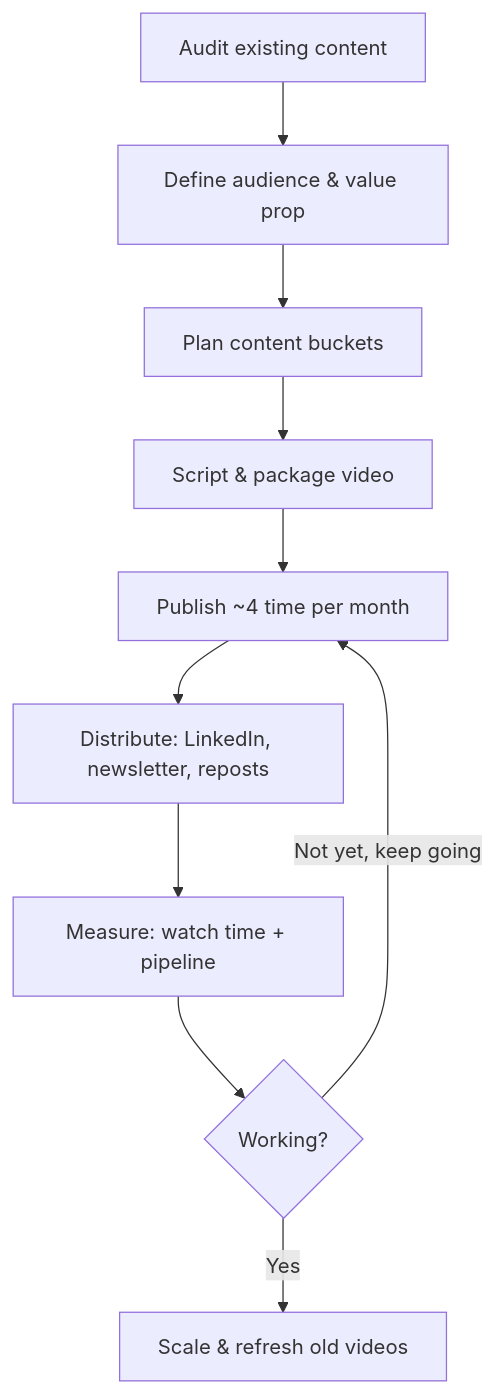
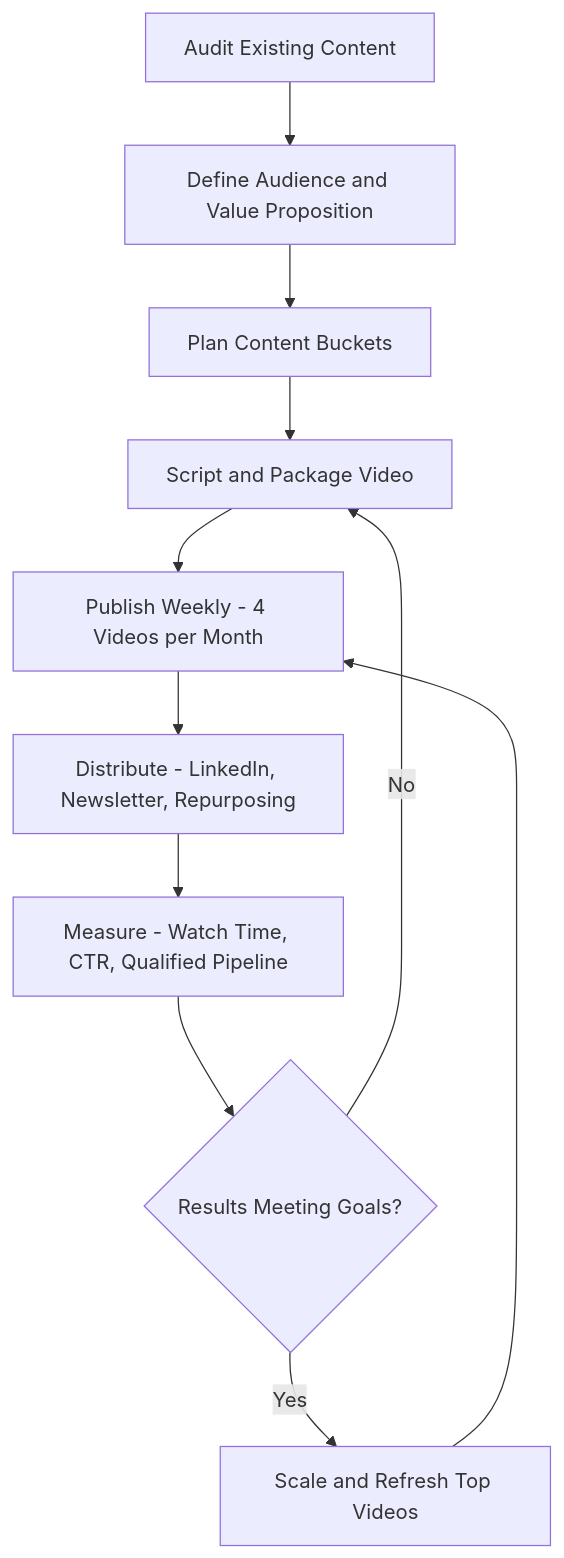
The diagram in Playbook_SOP.md (animesh-vit/Project-B2B-SaaS-Youtube-Strategy), drawn with Mermaid before and after one commit. The commit also changed other lines of this file, not shown here.

````diff
--- a/Playbook_SOP.md
+++ b/Playbook_SOP.md
@@ -59,12 +62,13 @@
 ```mermaid
 flowchart TD
-    A[Audit existing content] --> B[Define audience & value prop]
-    B --> C[Plan content buckets]
-    C --> D[Script & package video]
-    D --> E[Publish ~4 time per month]
-    E --> F[Distribute: LinkedIn, newsletter, reposts]
-    F --> G[Measure: watch time + pipeline]
-    G --> H{Working?}
-    H -- Not yet, keep going --> E
-    H -- Yes --> I[Scale & refresh old videos]
+    A["Audit Existing Content"] --> B["Define Audience and Value Proposition"]
+    B --> C["Plan Content Buckets"]
+    C --> D["Script and Package Video"]
+    D --> E["Publish Weekly - 4 Videos per Month"]
+    E --> F["Distribute - LinkedIn, Newsletter, Repurposing"]
+    F --> G["Measure - Watch Time, CTR, Qualified Pipeline"]
+    G --> H{"Results Meeting Goals?"}
+    H -- Yes --> I["Scale and Refresh Top Videos"]
+    H -- No --> D
+    I --> E
 ```
````
